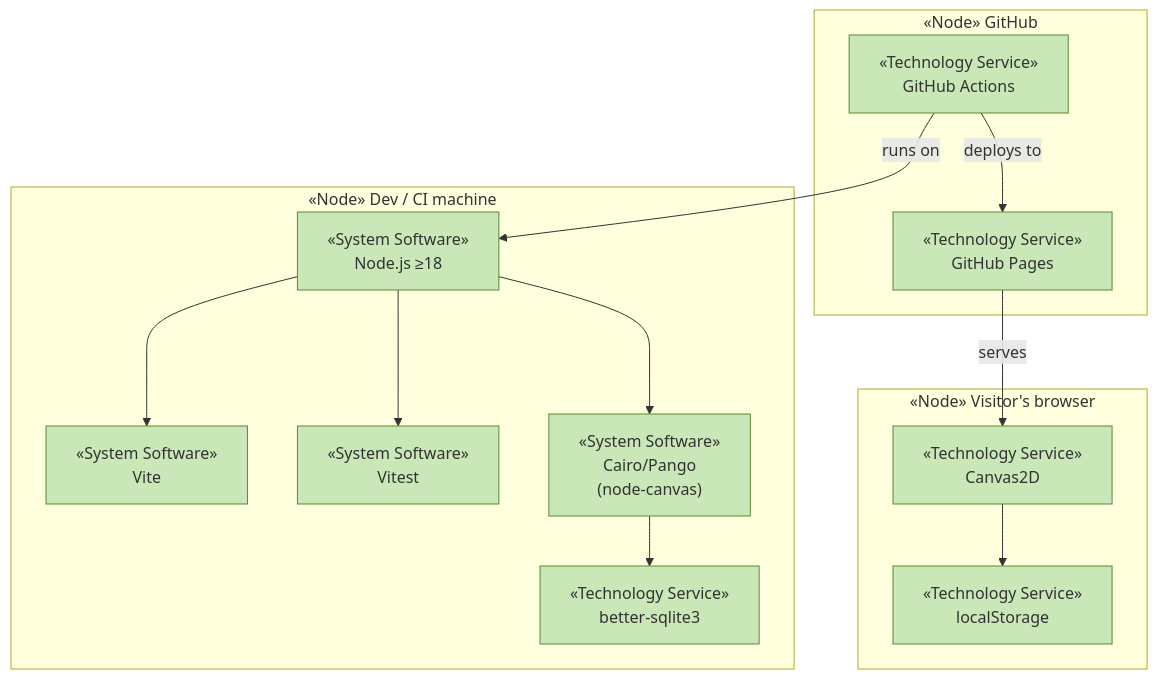
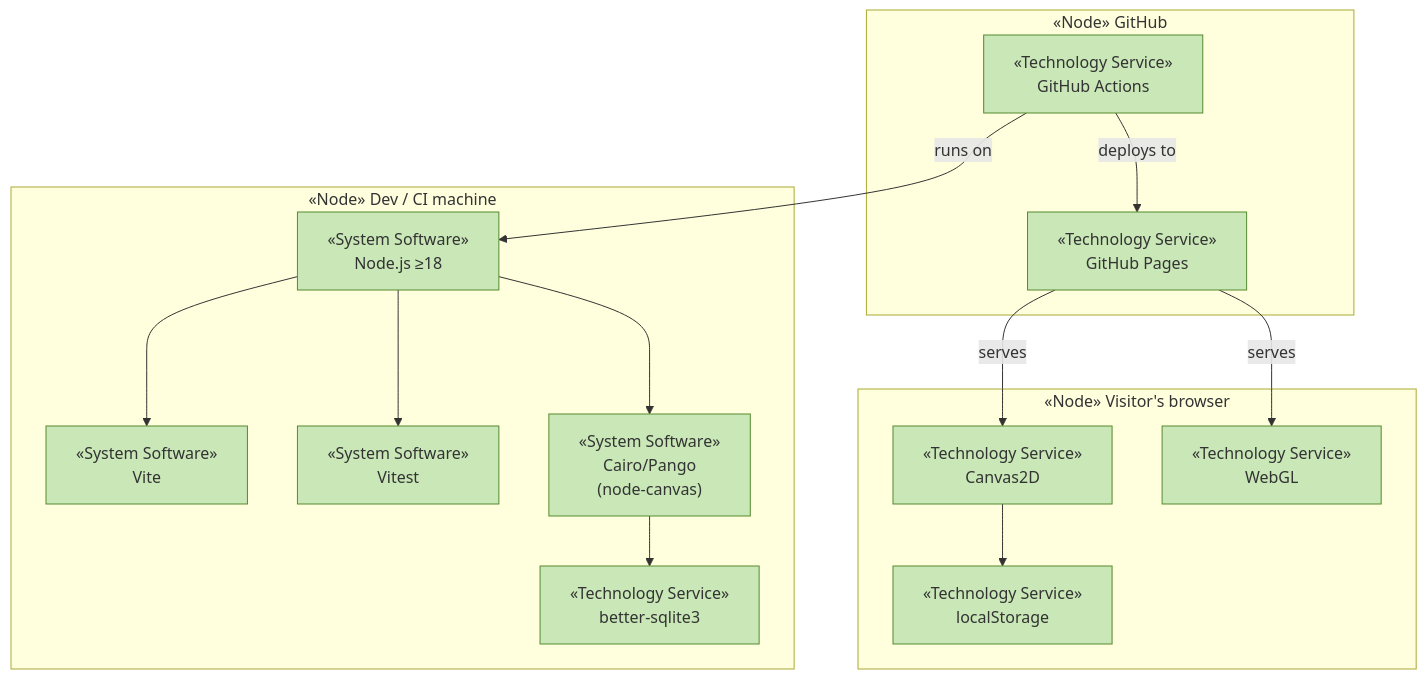
The diagram in docs/ea/5_technology/1_technology-services.md (roanboc/fractal-tree-generator), drawn with Mermaid before and after one commit. The commit also changed other lines of this file and 42 other files, not shown here.

````diff
--- a/docs/ea/5_technology/1_technology-services.md
+++ b/docs/ea/5_technology/1_technology-services.md
@@ -39,31 +40,33 @@
 ```mermaid
 flowchart TB
   subgraph browserNode["«Node» Visitor's browser"]
     canvas2d["«Technology Service»<br>Canvas2D"]:::technology
+    webgl["«Technology Service»<br>WebGL"]:::technology
     storage["«Technology Service»<br>localStorage"]:::technology
   end
 
   subgraph devNode["«Node» Dev / CI machine"]
     nodejs["«System Software»<br>Node.js ≥18"]:::technology
     vite["«System Software»<br>Vite"]:::technology
     vitest["«System Software»<br>Vitest"]:::technology
     cairo["«System Software»<br>Cairo/Pango<br>(node-canvas)"]:::technology
     sqlite["«Technology Service»<br>better-sqlite3"]:::technology
   end
 
   subgraph ghNode["«Node» GitHub"]
     actionsSvc["«Technology Service»<br>GitHub Actions"]:::technology
     pagesSvc["«Technology Service»<br>GitHub Pages"]:::technology
   end
 
   nodejs --> vite
   nodejs --> vitest
   nodejs --> cairo
   cairo --> sqlite
   actionsSvc -->|runs on| nodejs
   actionsSvc -->|deploys to| pagesSvc
   pagesSvc -->|serves| canvas2d
+  pagesSvc -->|serves| webgl
   canvas2d --> storage
 
   classDef technology fill:#c9e7b7,stroke:#558b2f,color:#333
 ```
````
